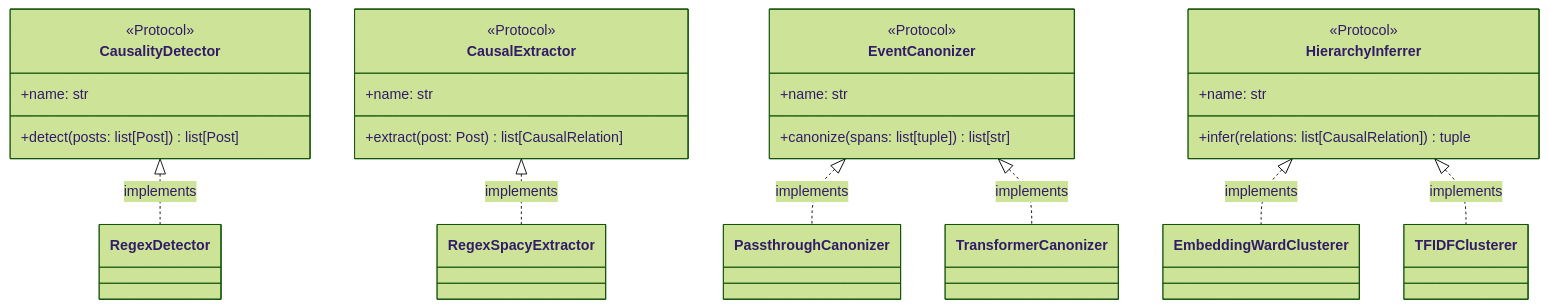
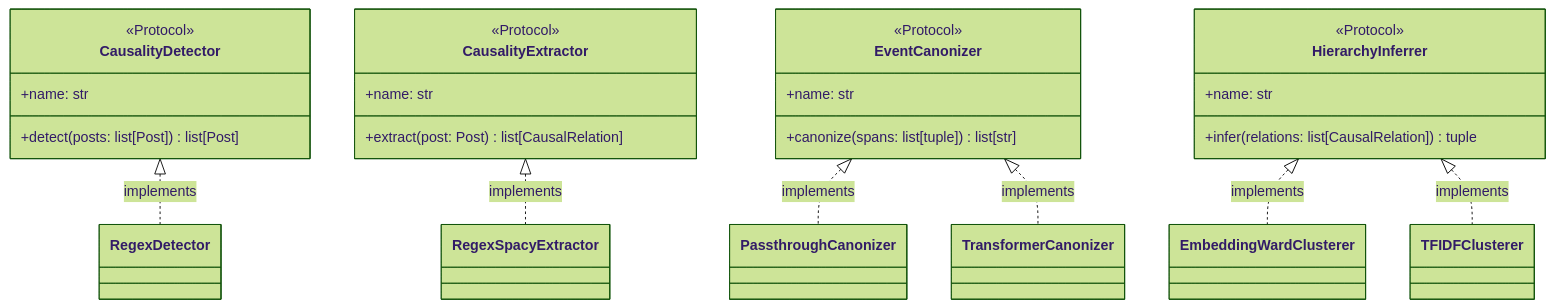
One commit to TheMrSheldon/causalgraph changed the fourth of 7 diagrams in docs/architecture.md. Above: the diagram before and after it, drawn with Mermaid (forest theme). The commit also changed other lines of this file and 19 other files, not shown here.

````diff
--- a/docs/architecture.md
+++ b/docs/architecture.md
@@ -164,36 +164,36 @@
 ```mermaid
 classDiagram
     class CausalityDetector {
         <<Protocol>>
         +detect(posts: list[Post]) list[Post]
         +name: str
     }
 
-    class CausalExtractor {
+    class CausalityExtractor {
         <<Protocol>>
         +extract(post: Post) list[CausalRelation]
         +name: str
     }
 
     class EventCanonizer {
         <<Protocol>>
         +canonize(spans: list[tuple]) list[str]
         +name: str
     }
 
     class HierarchyInferrer {
         <<Protocol>>
         +infer(relations: list[CausalRelation]) tuple
         +name: str
     }
 
     CausalityDetector <|.. RegexDetector : implements
 
-    CausalExtractor <|.. RegexSpacyExtractor : implements
+    CausalityExtractor <|.. RegexSpacyExtractor : implements
 
     EventCanonizer <|.. PassthroughCanonizer : implements
     EventCanonizer <|.. TransformerCanonizer : implements
 
     HierarchyInferrer <|.. EmbeddingWardClusterer : implements
     HierarchyInferrer <|.. TFIDFClusterer : implements
 ```
````
